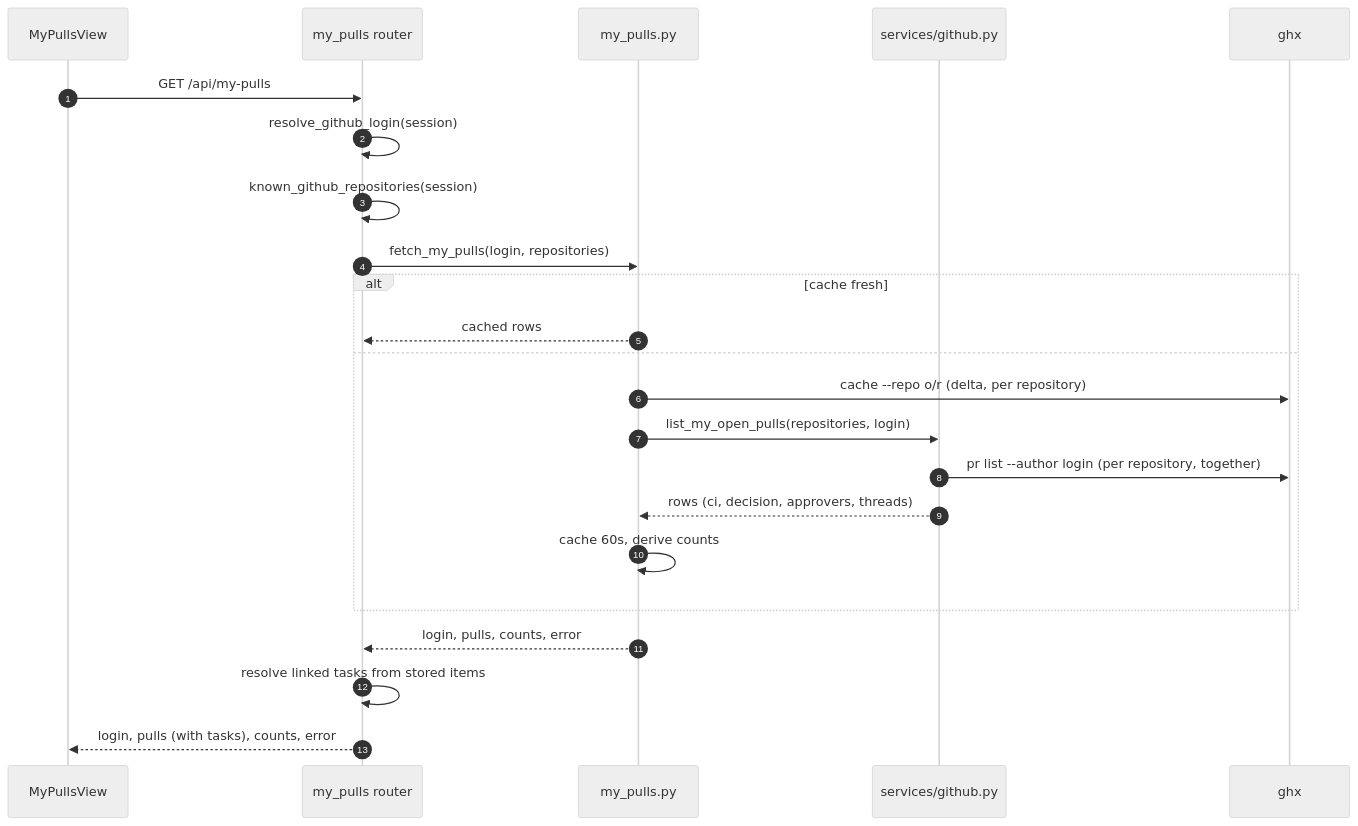
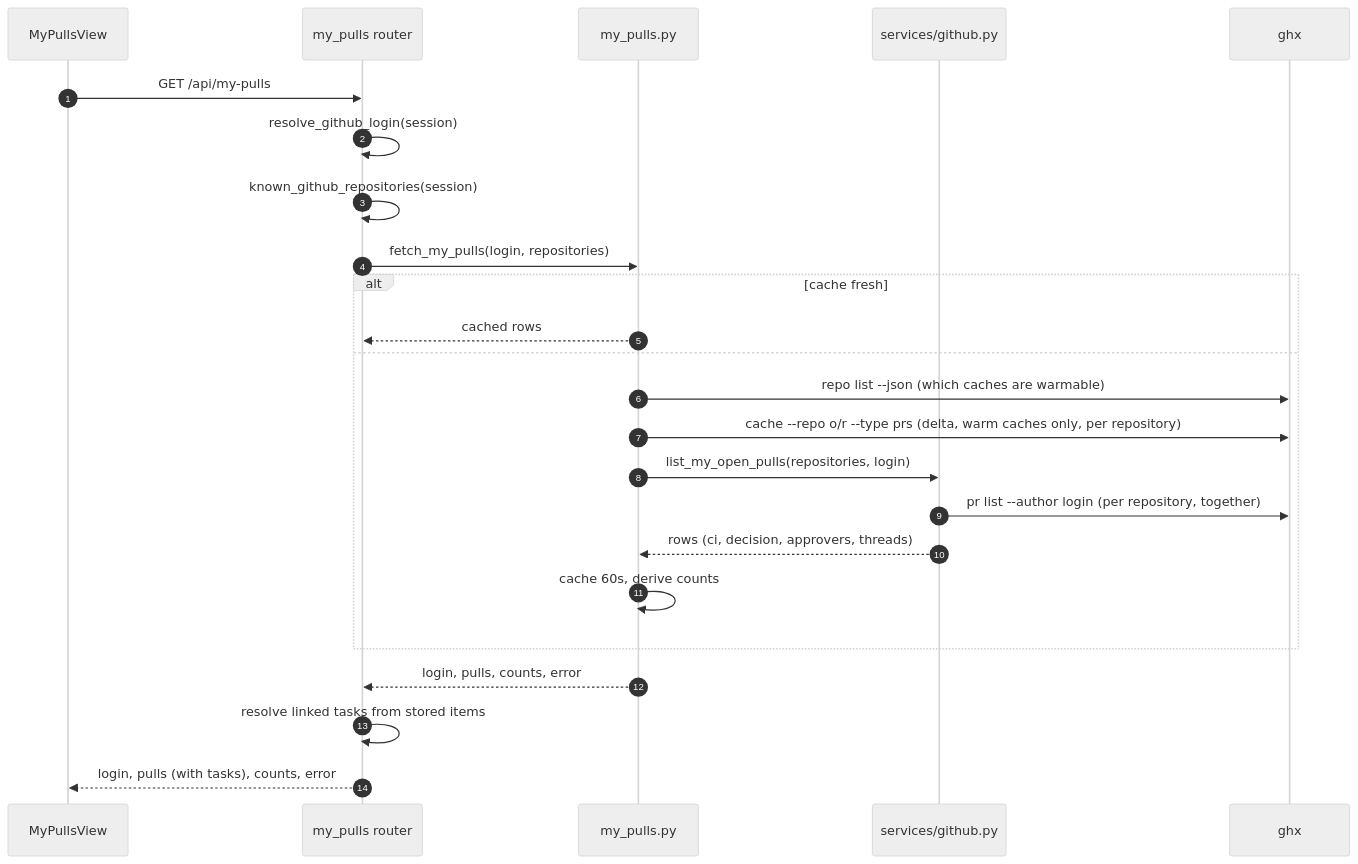
Before and after one commit to TomzxCode/agentic: the second of 4 diagrams in .sdlc/features/p24-github-integration/specification.md, drawn with Mermaid (neutral theme). The commit also changed other lines of this file and 9 other files, not shown here.

````diff
--- a/.sdlc/features/p24-github-integration/specification.md
+++ b/.sdlc/features/p24-github-integration/specification.md
@@ -97,25 +97,26 @@
 ```mermaid
 sequenceDiagram
     autonumber
     participant V as MyPullsView
     participant R as my_pulls router
     participant M as my_pulls.py
     participant S as services/github.py
     participant GH as ghx
     V->>R: GET /api/my-pulls
     R->>R: resolve_github_login(session)
     R->>R: known_github_repositories(session)
     R->>M: fetch_my_pulls(login, repositories)
     alt cache fresh
         M-->>R: cached rows
     else
-        M->>GH: cache --repo o/r (delta, per repository)
+        M->>GH: repo list --json (which caches are warmable)
+        M->>GH: cache --repo o/r --type prs (delta, warm caches only, per repository)
         M->>S: list_my_open_pulls(repositories, login)
         S->>GH: pr list --author login (per repository, together)
         S-->>M: rows (ci, decision, approvers, threads)
         M->>M: cache 60s, derive counts
     end
     M-->>R: login, pulls, counts, error
     R->>R: resolve linked tasks from stored items
     R-->>V: login, pulls (with tasks), counts, error
 ```
````
